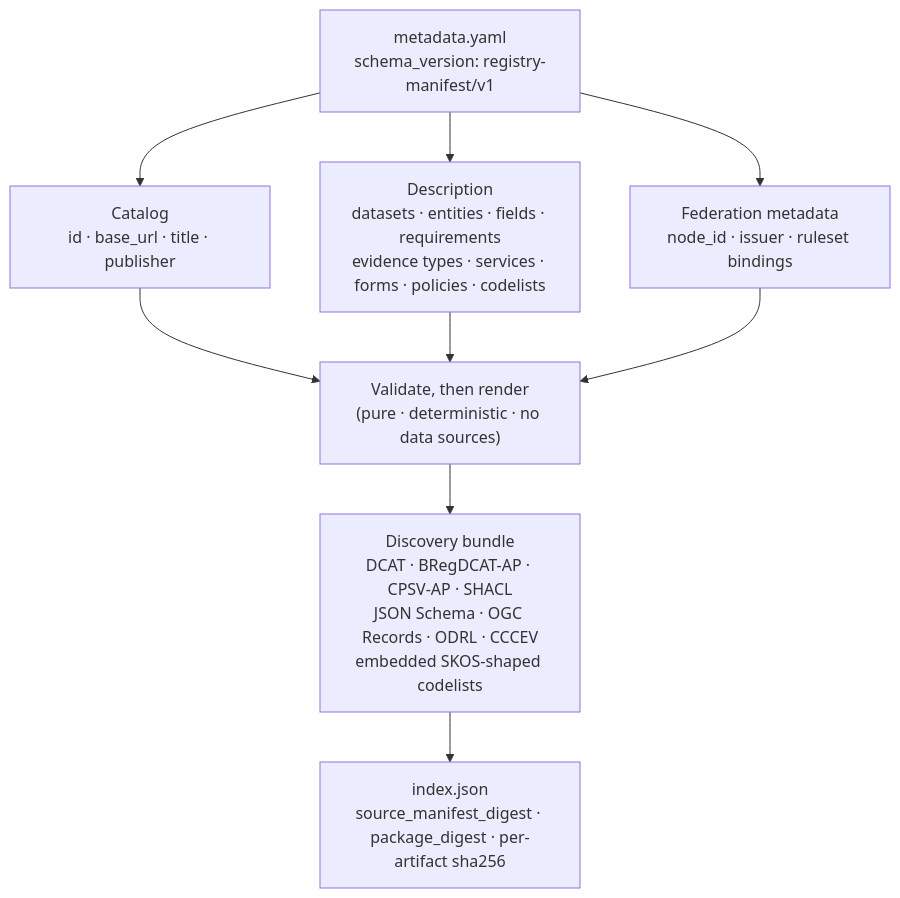
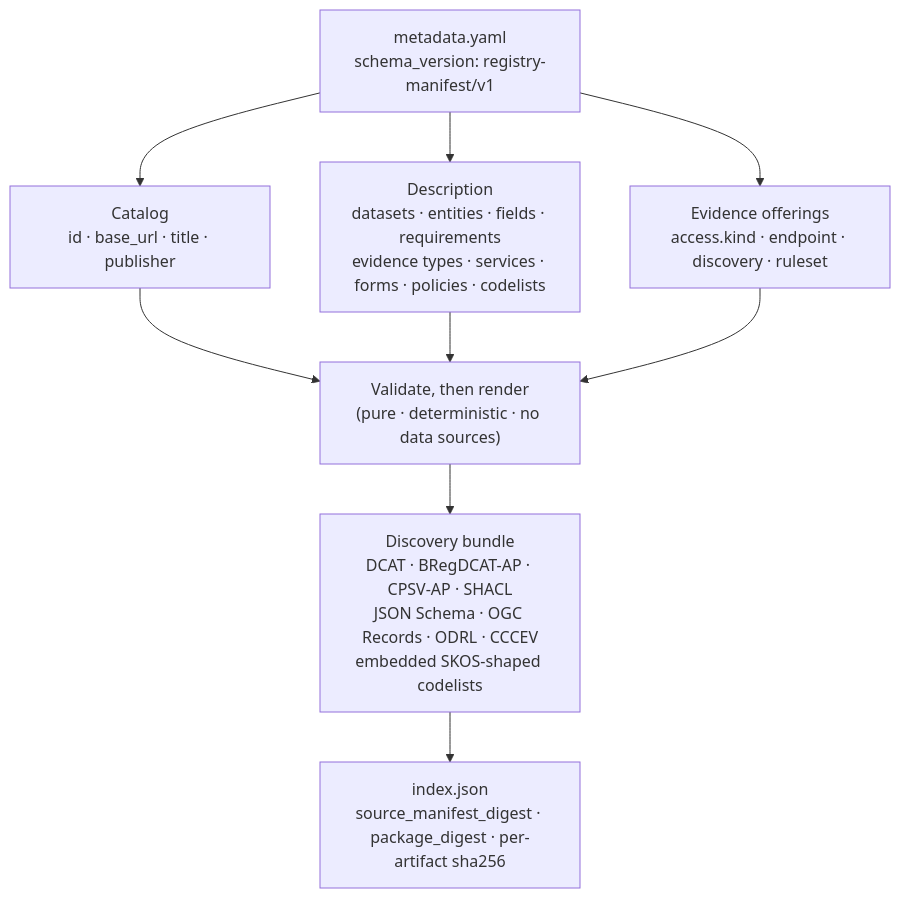
The diagram in docs/site/src/content/docs/spec/rs-dm-manifest.mdx (registrystack/registry-stack), drawn with Mermaid before and after one commit. The commit also changed other lines of this file and 2 other files, not shown here.

First line of the commit message:
docs(site): restate RS-DM-MANIFEST-010 around registry-evidence access

````diff
--- a/docs/site/src/content/docs/spec/rs-dm-manifest.mdx
+++ b/docs/site/src/content/docs/spec/rs-dm-manifest.mdx
@@ -74,17 +75,17 @@
 ```mermaid
 flowchart TD
     manifest["metadata.yaml<br/>schema_version: registry-manifest/v1"]
     catalog["Catalog<br/>id · base_url · title · publisher"]
     describe["Description<br/>datasets · entities · fields · requirements<br/>evidence types · services · forms · policies · codelists"]
-    federation["Federation metadata<br/>node_id · issuer · ruleset bindings"]
+    offerings["Evidence offerings<br/>access.kind · endpoint · discovery · ruleset"]
     render["Validate, then render<br/>(pure · deterministic · no data sources)"]
     bundle["Discovery bundle<br/>DCAT · BRegDCAT-AP · CPSV-AP · SHACL<br/>JSON Schema · OGC Records · ODRL · CCCEV<br/>embedded SKOS-shaped codelists"]
     index["index.json<br/>source_manifest_digest · package_digest · per-artifact sha256"]
     manifest --> catalog
     manifest --> describe
-    manifest --> federation
+    manifest --> offerings
     catalog --> render
     describe --> render
-    federation --> render
+    offerings --> render
     render --> bundle --> index
 ```
````
